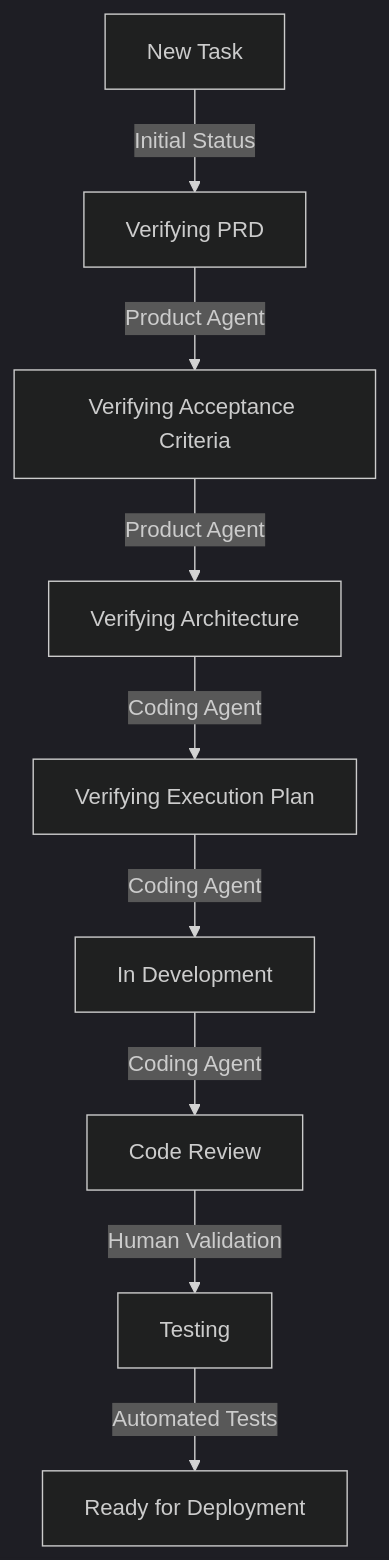
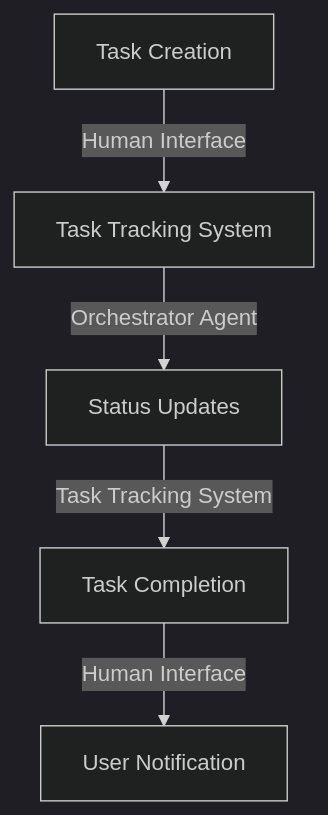
One commit to kgatilin/aihive changed the third of 4 diagrams in docs/arch/data_flow_architecture.md. Above: the diagram before and after it, drawn with Mermaid (dark theme). The commit also changed other lines of this file and 3 other files, not shown here.

Commit message:
Reintegrate Orchestrator Agent into the architecture documentation

````diff
--- a/docs/arch/data_flow_architecture.md
+++ b/docs/arch/data_flow_architecture.md
@@ -68,11 +71,7 @@
 ```mermaid
 graph TD
-    A[New Task] -->|Initial Status| B[Verifying PRD]
-    B -->|Product Agent| C[Verifying Acceptance Criteria]
-    C -->|Product Agent| D[Verifying Architecture]
-    D -->|Coding Agent| E[Verifying Execution Plan]
-    E -->|Coding Agent| F[In Development]
-    F -->|Coding Agent| G[Code Review]
-    G -->|Human Validation| H[Testing]
-    H -->|Automated Tests| I[Ready for Deployment]
+    A[Task Creation] -->|Human Interface| B[Task Tracking System]
+    B -->|Orchestrator Agent| C[Status Updates]
+    C -->|Task Tracking System| D[Task Completion]
+    D -->|Human Interface| E[User Notification]
 ```
````
